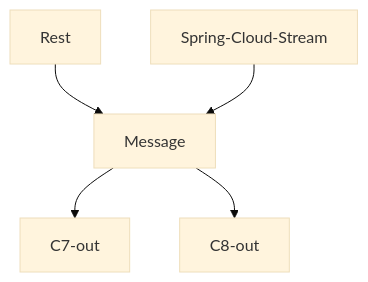
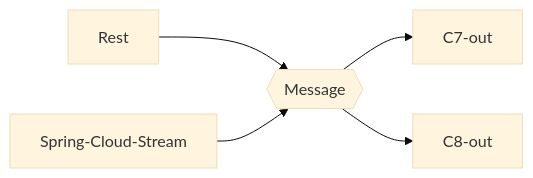
Before and after one commit to Miragon/miranum: the second of 4 diagrams in README.md, drawn with Mermaid (base theme). The commit also changed other lines of this file, not shown here.

````diff
--- a/README.md
+++ b/README.md
@@ -36,7 +37,7 @@
 ```mermaid
-  graph TD;
-      Rest-->Message;
-      Spring-Cloud-Stream-->Message;
-      Message-->C7-out;
-      Message-->C8-out;
+  graph LR;
+      Rest-->M{{Message}};
+      Spring-Cloud-Stream-->M;
+      M-->C7-out;
+      M-->C8-out;
 ```
````
